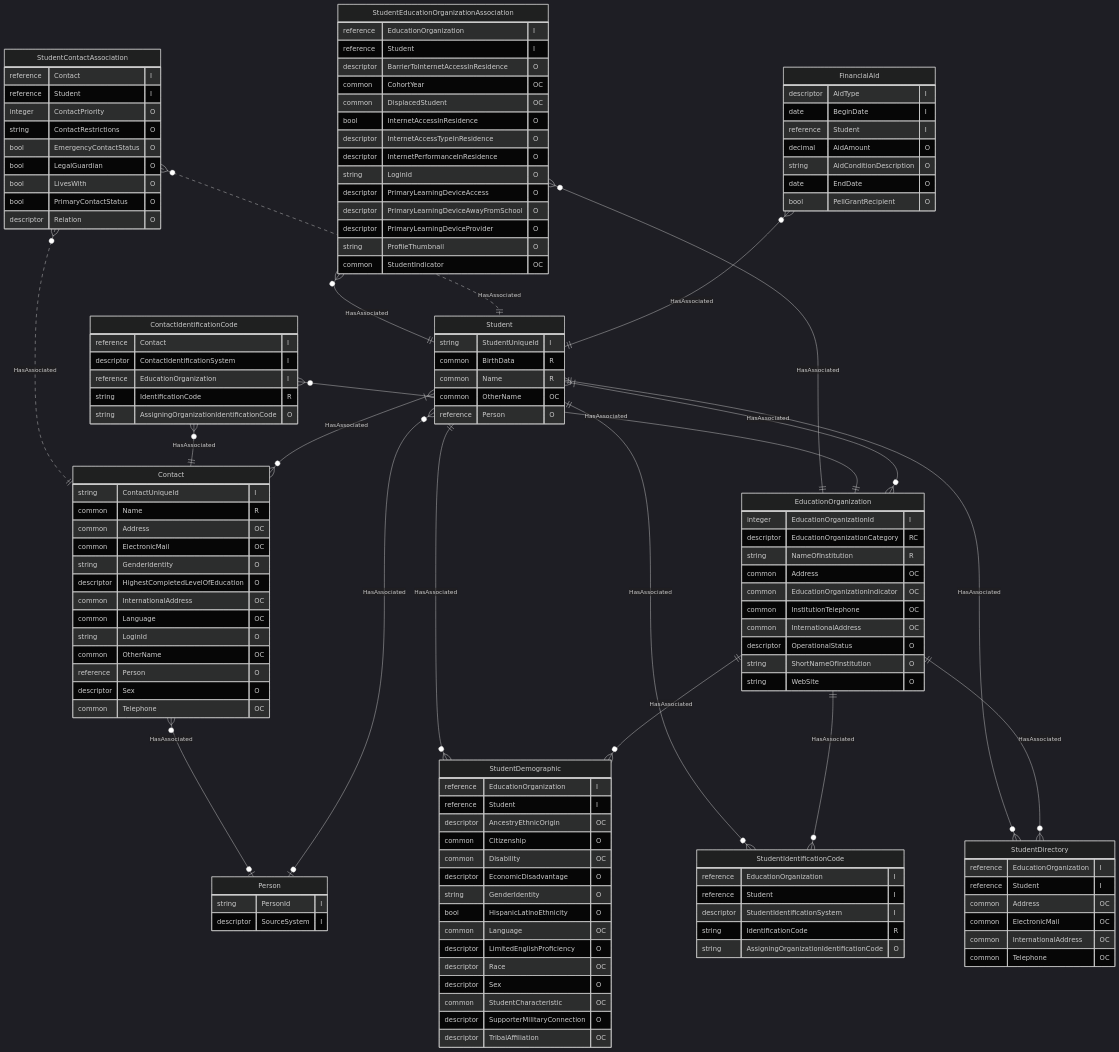
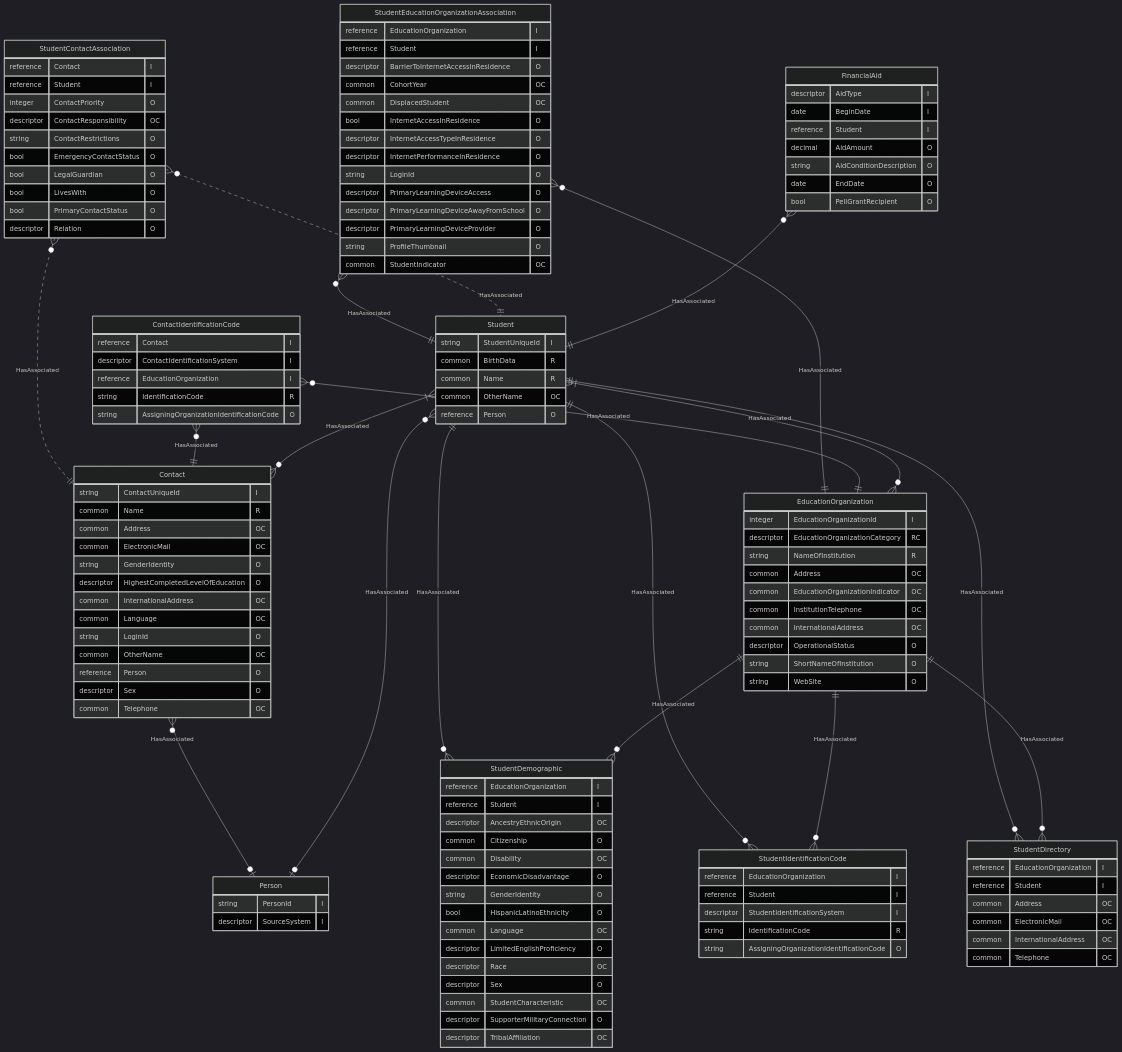
The diagram in dataStandard_versioned_docs/version-6/model-reference/student-identification-and-demographics-domain/StudentIdentificationAndDemographics.mmd (Ed-Fi-Alliance-OSS/ed-fi-alliance-oss.github.io), drawn with Mermaid (dark theme) before and after one commit. The commit also changed 4 other files, not shown here.

First line of the commit message:
Added ContactResponsibility to the Docs

```diff
--- a/dataStandard_versioned_docs/version-6/model-reference/student-identification-and-demographics-domain/StudentIdentificationAndDemographics.mmd
+++ b/dataStandard_versioned_docs/version-6/model-reference/student-identification-and-demographics-domain/StudentIdentificationAndDemographics.mmd
@@ -1,131 +1,132 @@
 erDiagram
     Student {
         string StudentUniqueId "I"
         common BirthData "R"
         common Name "R"
         common OtherName "OC"
         reference Person "O"
     }
     StudentIdentificationCode {
         reference EducationOrganization "I"
         reference Student "I"
         descriptor StudentIdentificationSystem "I"
         string IdentificationCode "R"
         string AssigningOrganizationIdentificationCode "O"
     }
     StudentDirectory {
         reference EducationOrganization "I"
         reference Student "I"
         common Address "OC"
         common ElectronicMail "OC"
         common InternationalAddress "OC"
         common Telephone "OC"
     }
     StudentDemographic {
         reference EducationOrganization "I"
         reference Student "I"
         descriptor AncestryEthnicOrigin "OC"
         common Citizenship "O"
         common Disability "OC"
         descriptor EconomicDisadvantage "O"
         string GenderIdentity "O"
         bool HispanicLatinoEthnicity "O"
         common Language "OC"
         descriptor LimitedEnglishProficiency "O"
         descriptor Race "OC"
         descriptor Sex "O"
         common StudentCharacteristic "OC"
         descriptor SupporterMilitaryConnection "O"
         descriptor TribalAffiliation "OC"
     }
     StudentEducationOrganizationAssociation {
         reference EducationOrganization "I"
         reference Student "I"
         descriptor BarrierToInternetAccessInResidence "O"
         common CohortYear "OC"
         common DisplacedStudent "OC"
         bool InternetAccessInResidence "O"
         descriptor InternetAccessTypeInResidence "O"
         descriptor InternetPerformanceInResidence "O"
         string LoginId "O"
         descriptor PrimaryLearningDeviceAccess "O"
         descriptor PrimaryLearningDeviceAwayFromSchool "O"
         descriptor PrimaryLearningDeviceProvider "O"
         string ProfileThumbnail "O"
         common StudentIndicator "OC"
     }
     StudentContactAssociation {
         reference Contact "I"
         reference Student "I"
         integer ContactPriority "O"
+        descriptor ContactResponsibility "OC"
         string ContactRestrictions "O"
         bool EmergencyContactStatus "O"
         bool LegalGuardian "O"
         bool LivesWith "O"
         bool PrimaryContactStatus "O"
         descriptor Relation "O"
     }
     Contact {
         string ContactUniqueId "I"
         common Name "R"
         common Address "OC"
         common ElectronicMail "OC"
         string GenderIdentity "O"
         descriptor HighestCompletedLevelOfEducation "O"
         common InternationalAddress "OC"
         common Language "OC"
         string LoginId "O"
         common OtherName "OC"
         reference Person "O"
         descriptor Sex "O"
         common Telephone "OC"
     }
     ContactIdentificationCode {
         reference Contact "I"
         descriptor ContactIdentificationSystem "I"
         reference EducationOrganization "I"
         string IdentificationCode "R"
         string AssigningOrganizationIdentificationCode "O"
     }
     FinancialAid {
         descriptor AidType "I"
         date BeginDate "I"
         reference Student "I"
         decimal AidAmount "O"
         string AidConditionDescription "O"
         date EndDate "O"
         bool PellGrantRecipient "O"
     }
     Person {
         string PersonId "I"
         descriptor SourceSystem "I"
     }
     EducationOrganization {
         integer EducationOrganizationId "I"
         descriptor EducationOrganizationCategory "RC"
         string NameOfInstitution "R"
         common Address "OC"
         common EducationOrganizationIndicator "OC"
         common InstitutionTelephone "OC"
         common InternationalAddress "OC"
         descriptor OperationalStatus "O"
         string ShortNameOfInstitution "O"
         string WebSite "O"
     }
     Student }|--o{ Contact : "HasAssociated"
     Student }|--o{ EducationOrganization : "HasAssociated"
     Student }o--o| Person : "HasAssociated"
     Contact }o--o| Person : "HasAssociated"
     EducationOrganization ||--o{ StudentDemographic : "HasAssociated"
     EducationOrganization ||--o{ StudentIdentificationCode : "HasAssociated"
     EducationOrganization ||--o{ StudentDirectory : "HasAssociated"
     StudentIdentificationCode }o--|| Student : "HasAssociated"
     StudentDemographic }o--|| Student : "HasAssociated"
     StudentDirectory }o--|| Student : "HasAssociated"
     ContactIdentificationCode }o--|| EducationOrganization : "HasAssociated"
     ContactIdentificationCode }o--|| Contact : "HasAssociated"
     FinancialAid }o--|| Student : "HasAssociated"
     StudentContactAssociation }o..|| Student : "HasAssociated"
     StudentContactAssociation }o..|| Contact : "HasAssociated"
     StudentEducationOrganizationAssociation }o--|| Student : "HasAssociated"
     StudentEducationOrganizationAssociation }o--|| EducationOrganization : "HasAssociated"
```
